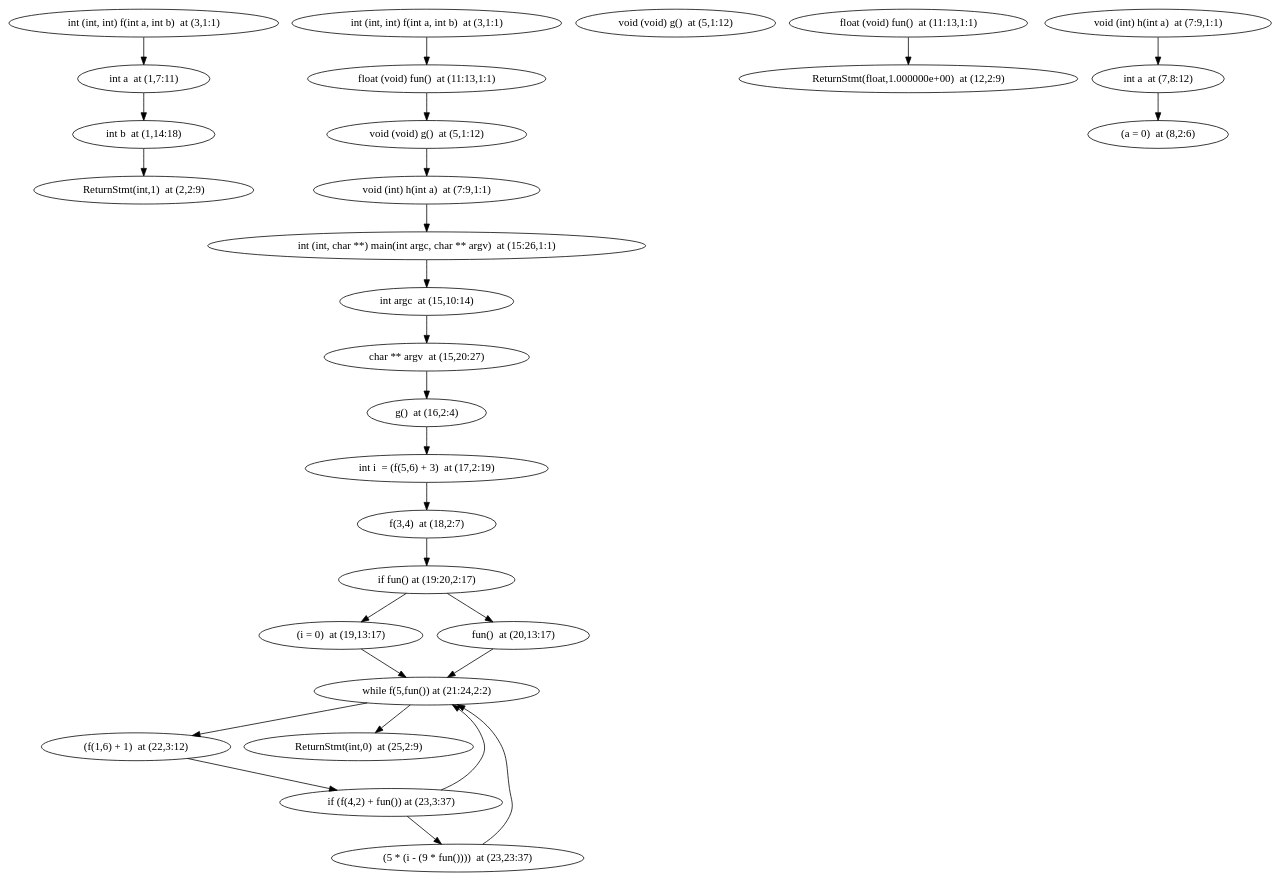
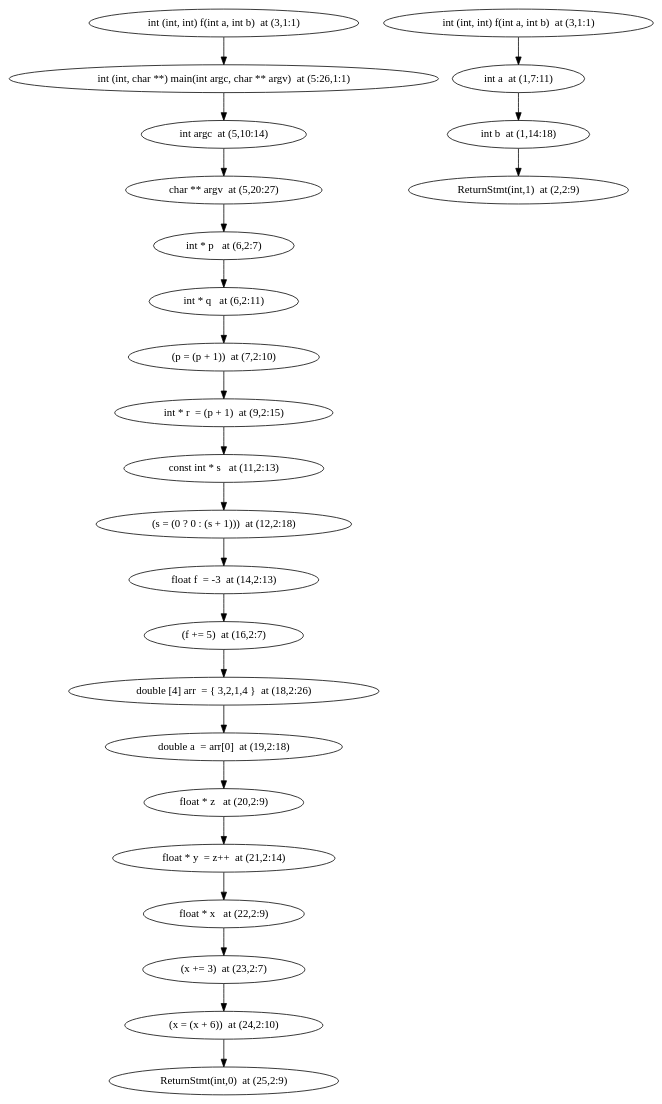
One commit to jxw1102/Projet-merou changed the diagram in ModelChecker/unitary_tests/Model_checker/test.dot. Above: the diagram before and after it, drawn with Graphviz. The commit also changed 13 other files, not shown here.

```diff
--- a/ModelChecker/unitary_tests/Model_checker/test.dot
+++ b/ModelChecker/unitary_tests/Model_checker/test.dot
@@ -1,33 +1,26 @@
 digraph {
+{idc0x102825fd0 [label="int (int, int) f(int a, int b)  at (3,1:1)"]} -> {id0x1028742e0 [label="int (int, char **) main(int argc, char ** argv)  at (5:26,1:1)"]}
+{id0x1028742e0 [label="int (int, char **) main(int argc, char ** argv)  at (5:26,1:1)"]} -> {id0x1028260f0 [label="int argc  at (5,10:14)"]}
+{id0x1028260f0 [label="int argc  at (5,10:14)"]} -> {id0x102874210 [label="char ** argv  at (5,20:27)"]}
+{id0x102874210 [label="char ** argv  at (5,20:27)"]} -> {id0x1028743d0 [label="int * p   at (6,2:7)"]}
+{id0x1028743d0 [label="int * p   at (6,2:7)"]} -> {id0x102874440 [label="int * q   at (6,2:11)"]}
+{id0x102874440 [label="int * q   at (6,2:11)"]} -> {id0x102874578 [label="(p = (p + 1))  at (7,2:10)"]}
+{id0x102874578 [label="(p = (p + 1))  at (7,2:10)"]} -> {id0x1028745c0 [label="int * r  = (p + 1)  at (9,2:15)"]}
+{id0x1028745c0 [label="int * r  = (p + 1)  at (9,2:15)"]} -> {id0x102874700 [label="const int * s   at (11,2:13)"]}
+{id0x102874700 [label="const int * s   at (11,2:13)"]} -> {id0x1028748c0 [label="(s = (0 ? 0 : (s + 1)))  at (12,2:18)"]}
+{id0x1028748c0 [label="(s = (0 ? 0 : (s + 1)))  at (12,2:18)"]} -> {id0x102874900 [label="float f  = -3  at (14,2:13)"]}
+{id0x102874900 [label="float f  = -3  at (14,2:13)"]} -> {id0x102874a28 [label="(f += 5)  at (16,2:7)"]}
+{id0x102874a28 [label="(f += 5)  at (16,2:7)"]} -> {id0x102874ab0 [label="double [4] arr  = { 3,2,1,4 }  at (18,2:26)"]}
+{id0x102874ab0 [label="double [4] arr  = { 3,2,1,4 }  at (18,2:26)"]} -> {id0x102874d20 [label="double a  = arr[0]  at (19,2:18)"]}
+{id0x102874d20 [label="double a  = arr[0]  at (19,2:18)"]} -> {id0x102874ea0 [label="float * z   at (20,2:9)"]}
+{id0x102874ea0 [label="float * z   at (20,2:9)"]} -> {id0x102874f30 [label="float * y  = z++  at (21,2:14)"]}
+{id0x102874f30 [label="float * y  = z++  at (21,2:14)"]} -> {id0x102875000 [label="float * x   at (22,2:9)"]}
+{id0x102875000 [label="float * x   at (22,2:9)"]} -> {id0x1028750b8 [label="(x += 3)  at (23,2:7)"]}
+{id0x1028750b8 [label="(x += 3)  at (23,2:7)"]} -> {id0x1028751a0 [label="(x = (x + 6))  at (24,2:10)"]}
+{id0x1028751a0 [label="(x = (x + 6))  at (24,2:10)"]} -> {id0x10287a410 [label="ReturnStmt(int,0)  at (25,2:9)"]}
+{id0x10287a410 [label="ReturnStmt(int,0)  at (25,2:9)"]}
 {id0x102825fd0 [label="int (int, int) f(int a, int b)  at (3,1:1)"]} -> {id0x102825e90 [label="int a  at (1,7:11)"]}
 {id0x102825e90 [label="int a  at (1,7:11)"]} -> {id0x102825f00 [label="int b  at (1,14:18)"]}
 {id0x102825f00 [label="int b  at (1,14:18)"]} -> {id0x1028260a0 [label="ReturnStmt(int,1)  at (2,2:9)"]}
 {id0x1028260a0 [label="ReturnStmt(int,1)  at (2,2:9)"]}
-{idc0x102825fd0 [label="int (int, int) f(int a, int b)  at (3,1:1)"]} -> {idc0x103047660 [label="float (void) fun()  at (11:13,1:1)"]}
-{idc0x103047660 [label="float (void) fun()  at (11:13,1:1)"]} -> {idc0x102826130 [label="void (void) g()  at (5,1:12)"]}
-{idc0x102826130 [label="void (void) g()  at (5,1:12)"]} -> {idc0x1030474d0 [label="void (int) h(int a)  at (7:9,1:1)"]}
-{idc0x1030474d0 [label="void (int) h(int a)  at (7:9,1:1)"]} -> {id0x103047910 [label="int (int, char **) main(int argc, char ** argv)  at (15:26,1:1)"]}
-{id0x103047910 [label="int (int, char **) main(int argc, char ** argv)  at (15:26,1:1)"]} -> {id0x103047770 [label="int argc  at (15,10:14)"]}
-{id0x103047770 [label="int argc  at (15,10:14)"]} -> {id0x103047840 [label="char ** argv  at (15,20:27)"]}
-{id0x103047840 [label="char ** argv  at (15,20:27)"]} -> {id0x103047a80 [label="g()  at (16,2:4)"]}
-{id0x103047a80 [label="g()  at (16,2:4)"]} -> {id0x103047ac0 [label="int i  = (f(5,6) + 3)  at (17,2:19)"]}
-{id0x103047ac0 [label="int i  = (f(5,6) + 3)  at (17,2:19)"]} -> {id0x103047d90 [label="f(3,4)  at (18,2:7)"]}
-{id0x103047d90 [label="f(3,4)  at (18,2:7)"]} -> {id0x103048000 [label="if fun() at (19:20,2:17)"]}
-{id0x103048000 [label="if fun() at (19:20,2:17)"]} -> {id0x103047f18 [label="(i = 0)  at (19,13:17)"]}
-{id0x103048000 [label="if fun() at (19:20,2:17)"]} -> {id0x103047fd8 [label="fun()  at (20,13:17)"]}
-{id0x103047f18 [label="(i = 0)  at (19,13:17)"]} -> {id0x103048818 [label="while f(5,fun()) at (21:24,2:2)"]}
-{id0x103048818 [label="while f(5,fun()) at (21:24,2:2)"]} -> {id0x103048340 [label="(f(1,6) + 1)  at (22,3:12)"]}
-{id0x103048818 [label="while f(5,fun()) at (21:24,2:2)"]} -> {id0x103048860 [label="ReturnStmt(int,0)  at (25,2:9)"]}
-{id0x103048340 [label="(f(1,6) + 1)  at (22,3:12)"]} -> {id0x1030487c0 [label="if (f(4,2) + fun()) at (23,3:37)"]}
-{id0x1030487c0 [label="if (f(4,2) + fun()) at (23,3:37)"]} -> {id0x103048818 [label="while f(5,fun()) at (21:24,2:2)"]}
-{id0x1030487c0 [label="if (f(4,2) + fun()) at (23,3:37)"]} -> {id0x103048798 [label="(5 * (i - (9 * fun())))  at (23,23:37)"]}
-{id0x103048798 [label="(5 * (i - (9 * fun())))  at (23,23:37)"]} -> {id0x103048818 [label="while f(5,fun()) at (21:24,2:2)"]}
-{id0x103048860 [label="ReturnStmt(int,0)  at (25,2:9)"]}
-{id0x103047fd8 [label="fun()  at (20,13:17)"]} -> {id0x103048818 [label="while f(5,fun()) at (21:24,2:2)"]}
-{id0x102826130 [label="void (void) g()  at (5,1:12)"]}
-{id0x103047660 [label="float (void) fun()  at (11:13,1:1)"]} -> {id0x103047720 [label="ReturnStmt(float,1.000000e+00)  at (12,2:9)"]}
-{id0x103047720 [label="ReturnStmt(float,1.000000e+00)  at (12,2:9)"]}
-{id0x1030474d0 [label="void (int) h(int a)  at (7:9,1:1)"]} -> {id0x103047410 [label="int a  at (7,8:12)"]}
-{id0x103047410 [label="int a  at (7,8:12)"]} -> {id0x1030475c0 [label="(a = 0)  at (8,2:6)"]}
-{id0x1030475c0 [label="(a = 0)  at (8,2:6)"]}
 }
```
